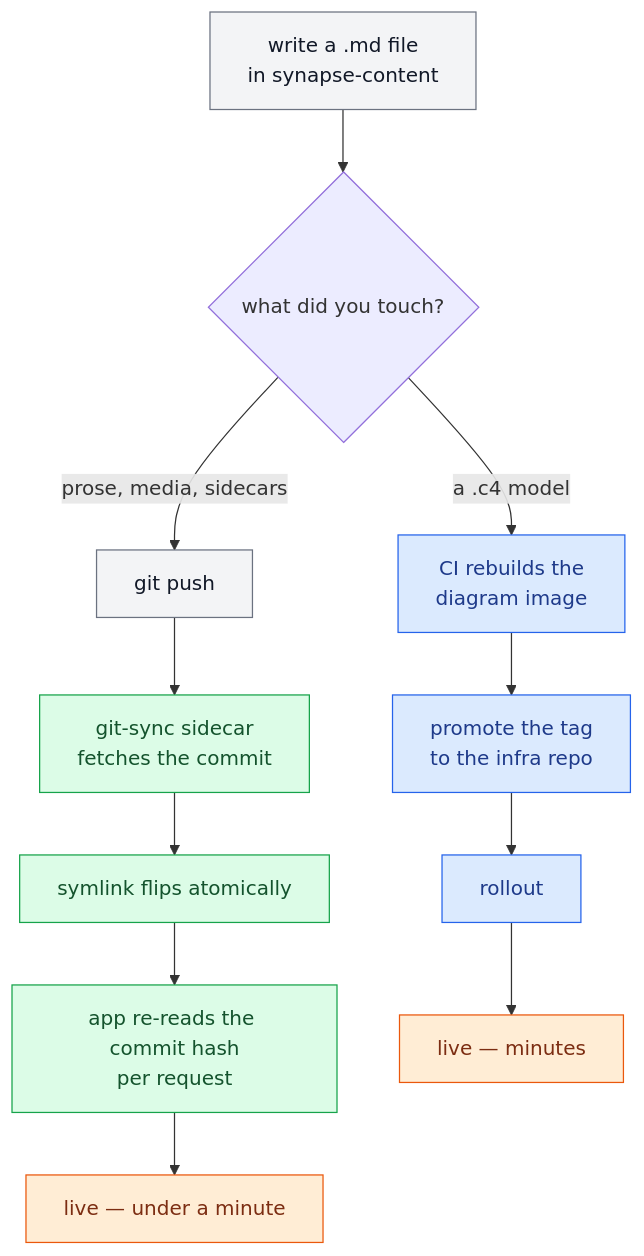
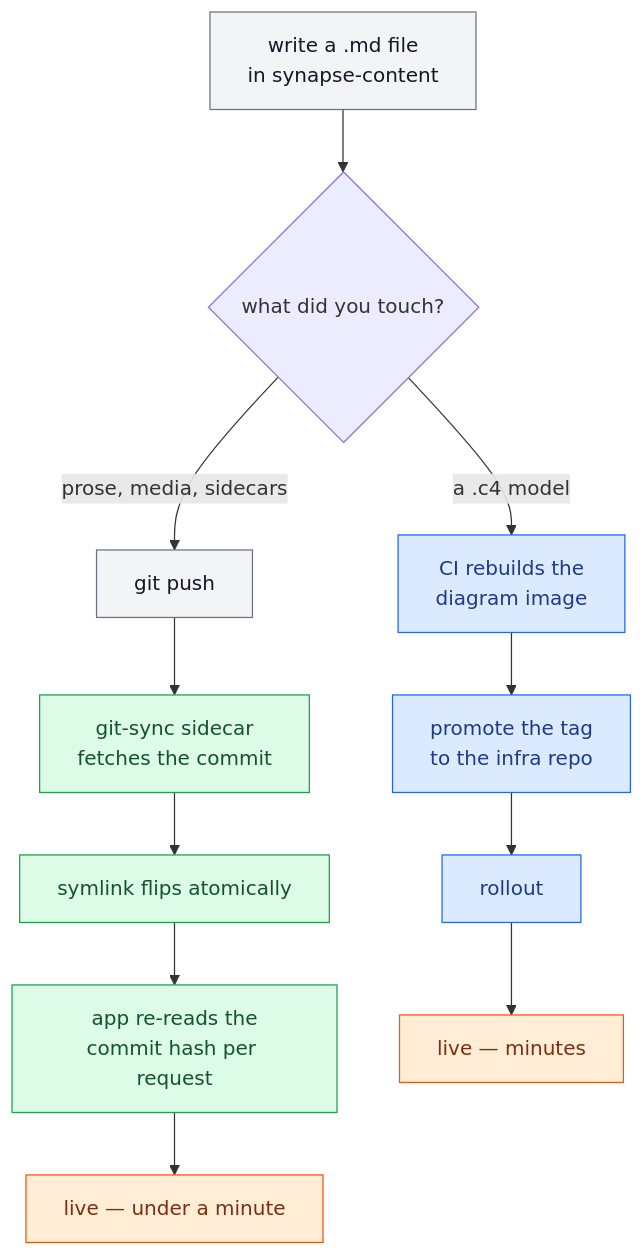
The diagram in blog/working-with-synapse.md (ani2fun/synapse-content), drawn with Mermaid before and after one commit. The commit also changed other lines of this file, not shown here.

````diff
--- a/blog/working-with-synapse.md
+++ b/blog/working-with-synapse.md
@@ -477,23 +592,23 @@
 ```mermaid
 flowchart TD
     A["write a .md file<br/>in synapse-content"] --> B{what did you touch?}
     B -->|"prose, media, sidecars"| C[git push]
     C --> D["git-sync sidecar<br/>fetches the commit"]
     D --> E["symlink flips atomically"]
-    E --> F["app re-reads the commit hash<br/>per request"]
+    E --> F["app re-reads the<br/>commit hash per request"]
     F --> G["live — under a minute"]
     B -->|"a .c4 model"| H["CI rebuilds the<br/>diagram image"]
     H --> I["promote the tag<br/>to the infra repo"]
     I --> J["rollout"]
     J --> K["live — minutes"]
 
     class A,C client
     class D,E,F svc
     class H,I,J edge
     class G,K data
 
     classDef client fill:#f3f4f6,stroke:#6b7280,color:#111827;
     classDef edge   fill:#dbeafe,stroke:#2563eb,color:#1e3a8a;
     classDef svc    fill:#dcfce7,stroke:#16a34a,color:#14532d;
     classDef data   fill:#ffedd5,stroke:#ea580c,color:#7c2d12;
 ```
````
